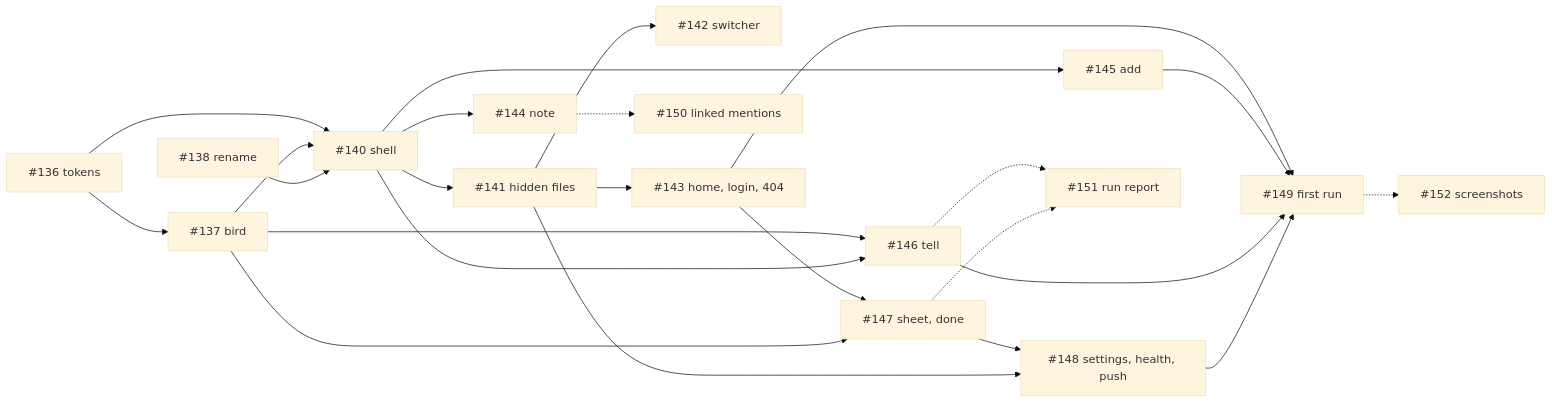
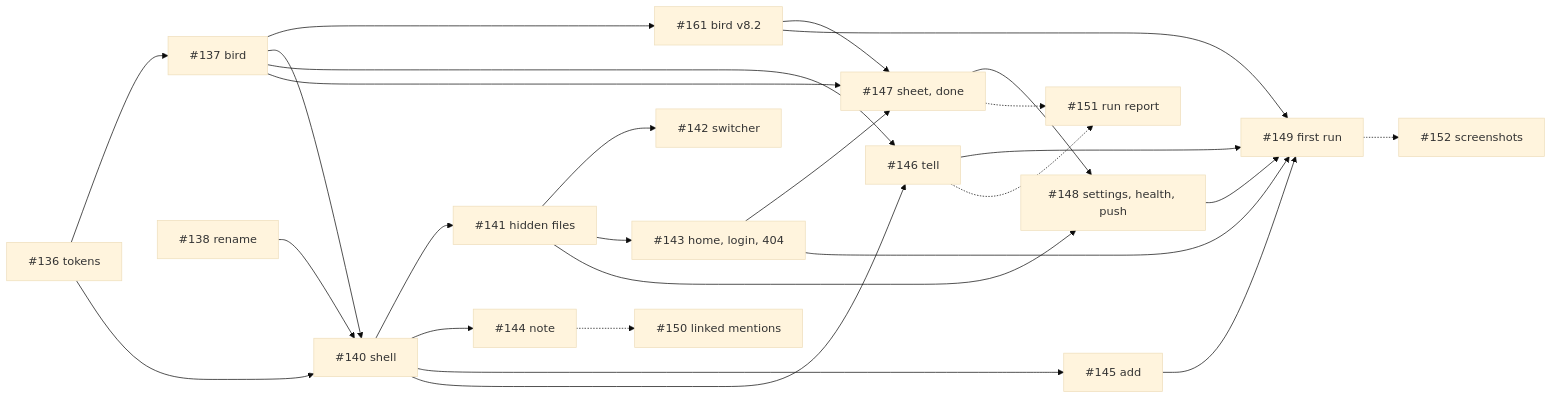
Before and after one commit to deluispablo/bower: the diagram in docs/superpowers/plans/2026-09-27-app-redesign.md, drawn with Mermaid (base theme). The commit also changed other lines of this file, not shown here.

````diff
--- a/docs/superpowers/plans/2026-09-27-app-redesign.md
+++ b/docs/superpowers/plans/2026-09-27-app-redesign.md
@@ -38,26 +38,29 @@
 ```mermaid
 flowchart LR
     T136[#136 tokens] --> B137[#137 bird]
+    B137 --> V161[#161 bird v8.2]
+    V161 --> SH147
+    V161 --> TO149
     T136 --> L140[#140 shell]
     B137 --> L140
     R138[#138 rename] --> L140
     L140 --> H141[#141 hidden files]
     L140 --> N144[#144 note]
     L140 --> A145[#145 add]
     H141 --> S142[#142 switcher]
     H141 --> HO143[#143 home, login, 404]
     B137 --> TE146[#146 tell]
     L140 --> TE146
     HO143 --> SH147[#147 sheet, done]
     B137 --> SH147
     SH147 --> SE148[#148 settings, health, push]
     H141 --> SE148
     HO143 --> TO149[#149 first run]
     A145 --> TO149
     TE146 --> TO149
     SE148 --> TO149
     N144 -.-> BL150[#150 linked mentions]
     TE146 -.-> TS151[#151 run report]
     SH147 -.-> TS151
     TO149 -.-> SC152[#152 screenshots]
 ```
````
